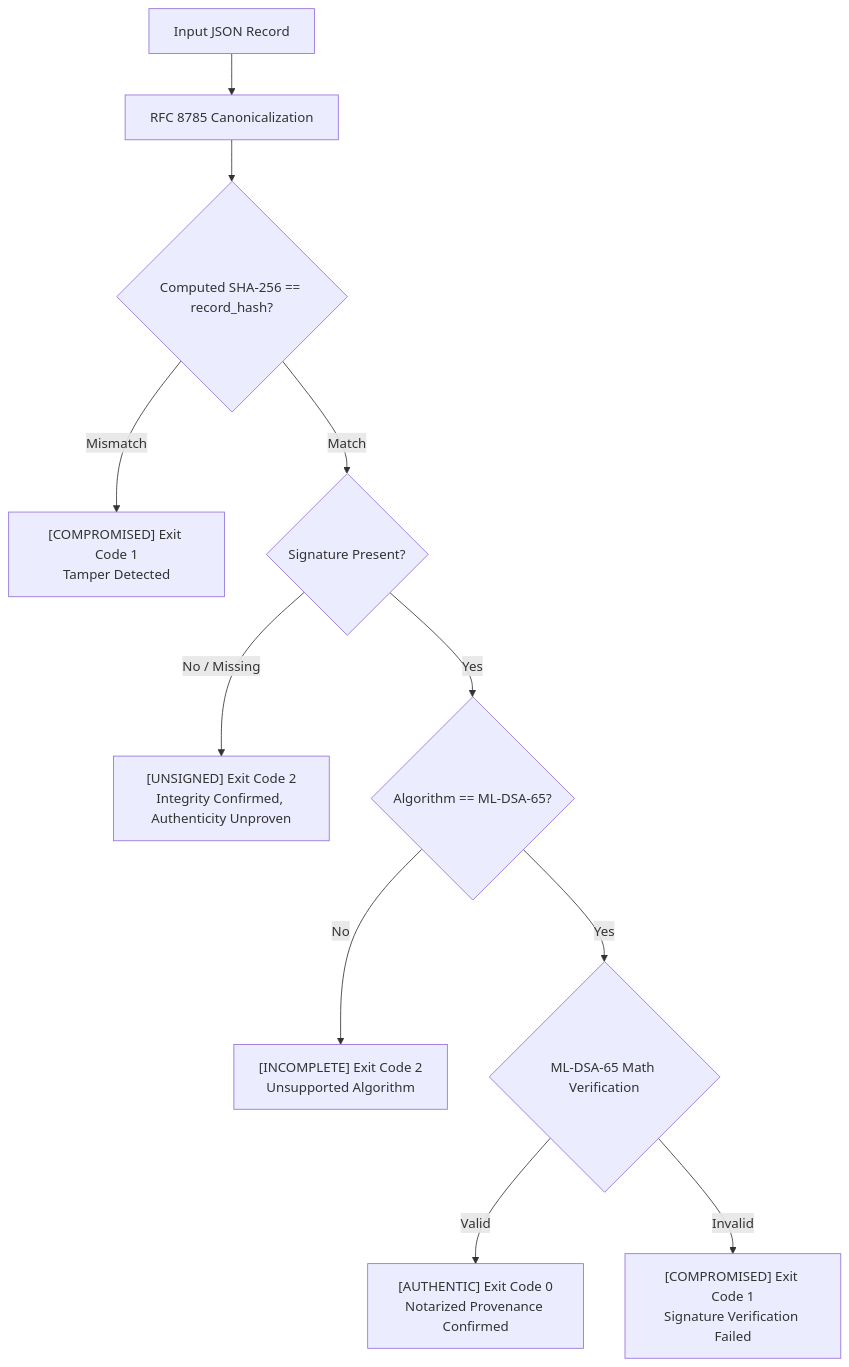
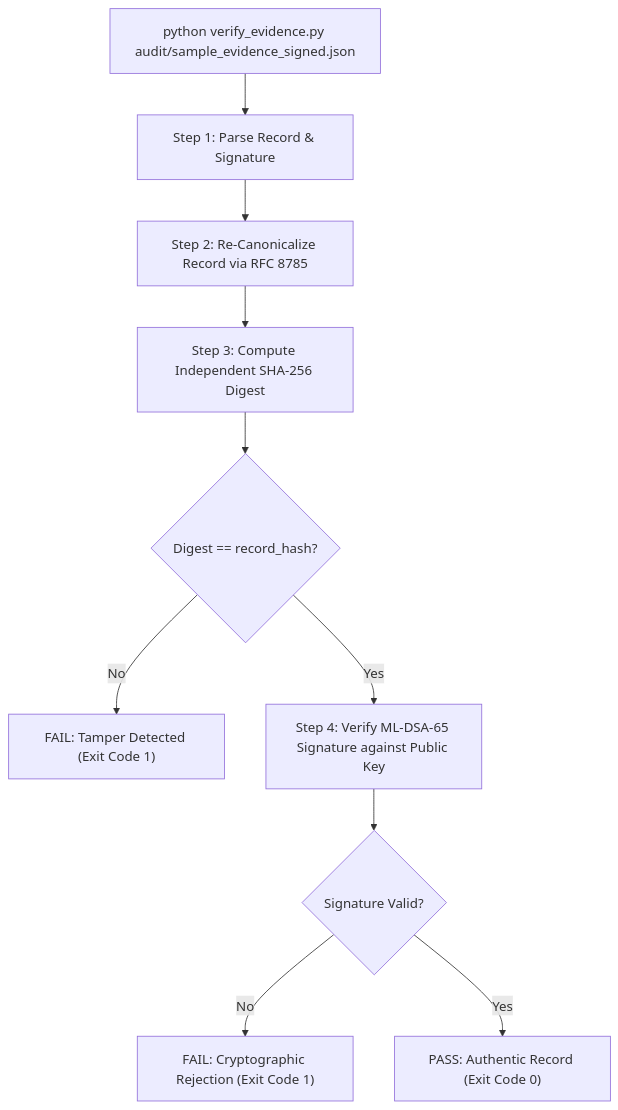
One commit to aiori-hackathon/A3-PS005-TC416 changed the second of 2 diagrams in docs/EVIDENCE_AND_CRYPTOGRAPHY.md. Above: the diagram before and after it, drawn with Mermaid. The commit also changed other lines of this file and 15 other files, not shown here.

Commit message:
docs: complete enterprise Google SOC documentation suite, diagrams, and journey

````diff
--- a/docs/EVIDENCE_AND_CRYPTOGRAPHY.md
+++ b/docs/EVIDENCE_AND_CRYPTOGRAPHY.md
@@ -93,13 +153,12 @@
 ```mermaid
-graph TD
-    Start["Input JSON Record"] --> JCS["RFC 8785 Canonicalization"]
-    JCS --> HashCheck{"Computed SHA-256 == record_hash?"}
-    HashCheck -- "Mismatch" --> Tamper["[COMPROMISED] Exit Code 1<br/>Tamper Detected"]
-    HashCheck -- "Match" --> SigCheck{"Signature Present?"}
-    SigCheck -- "No / Missing" --> Unsigned["[UNSIGNED] Exit Code 2<br/>Integrity Confirmed, Authenticity Unproven"]
-    SigCheck -- "Yes" --> AlgCheck{"Algorithm == ML-DSA-65?"}
-    AlgCheck -- "No" --> Incomplete["[INCOMPLETE] Exit Code 2<br/>Unsupported Algorithm"]
-    AlgCheck -- "Yes" --> MathCheck{"ML-DSA-65 Math Verification"}
-    MathCheck -- "Valid" --> Authentic["[AUTHENTIC] Exit Code 0<br/>Notarized Provenance Confirmed"]
-    MathCheck -- "Invalid" --> TamperSig["[COMPROMISED] Exit Code 1<br/>Signature Verification Failed"]
+flowchart TD
+    A["python verify_evidence.py audit/sample_evidence_signed.json"] --> B["Step 1: Parse Record & Signature"]
+    B --> C["Step 2: Re-Canonicalize Record via RFC 8785"]
+    C --> D["Step 3: Compute Independent SHA-256 Digest"]
+    D --> E{"Digest == record_hash?"}
+    E -->|No| F["FAIL: Tamper Detected (Exit Code 1)"]
+    E -->|Yes| G["Step 4: Verify ML-DSA-65 Signature against Public Key"]
+    G --> H{"Signature Valid?"}
+    H -->|No| I["FAIL: Cryptographic Rejection (Exit Code 1)"]
+    H -->|Yes| J["PASS: Authentic Record (Exit Code 0)"]
 ```
````
